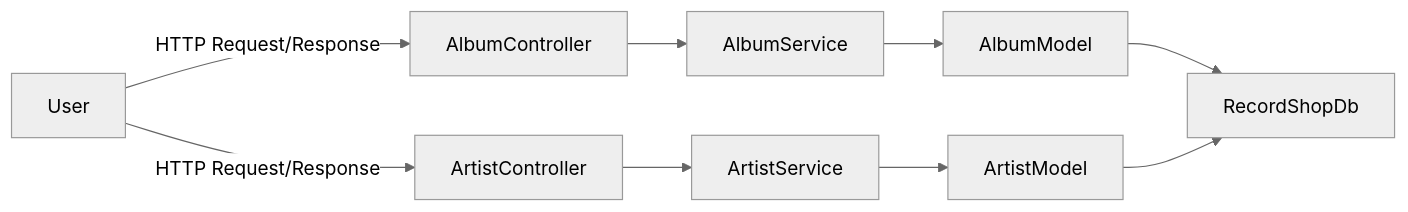
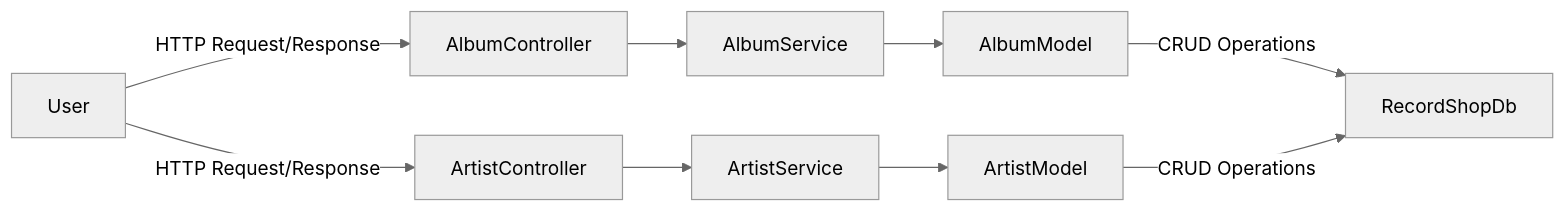
Before and after one commit to thecodingrunner/RecordApplication: the diagram in README.md, drawn with Mermaid (neutral theme).

````diff
--- a/README.md
+++ b/README.md
@@ -4,11 +4,11 @@
 ```mermaid
 flowchart LR
    User -- HTTP Request/Response --> AlbumController;
    AlbumController --> AlbumService;
    AlbumService --> AlbumModel;
-   AlbumModel --> RecordShopDb;
+   AlbumModel -- CRUD Operations --> RecordShopDb;
    User -- HTTP Request/Response --> ArtistController;
    ArtistController --> ArtistService;
    ArtistService --> ArtistModel;
-   ArtistModel --> RecordShopDb;
+   ArtistModel -- CRUD Operations --> RecordShopDb;
 ```
````
